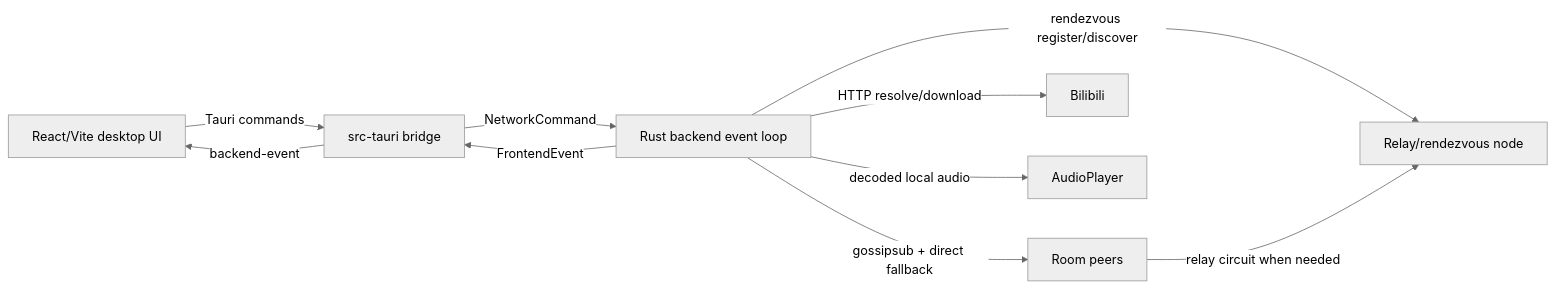
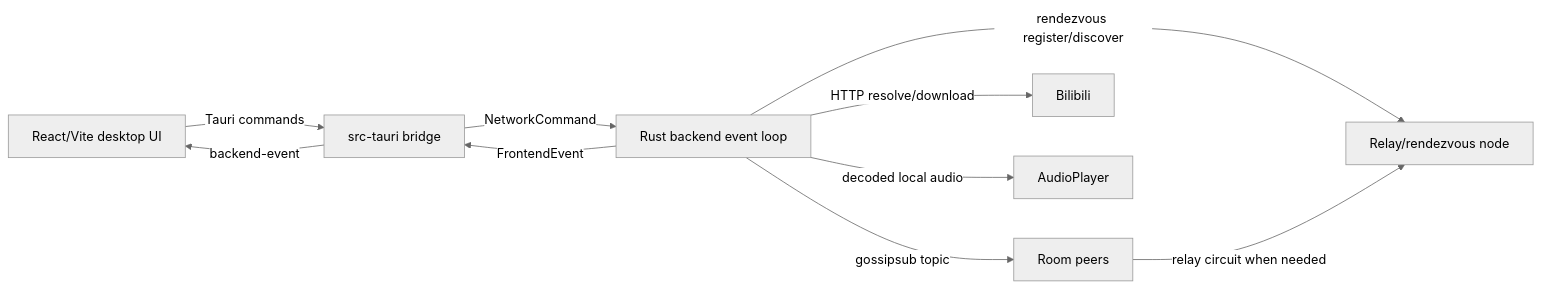
One commit to switefaster/link-ear changed the diagram in ARCHITECTURE.md. Above: the diagram before and after it, drawn with Mermaid (neutral theme). The commit also changed other lines of this file and 10 other files, not shown here.

````diff
--- a/ARCHITECTURE.md
+++ b/ARCHITECTURE.md
@@ -9,13 +9,13 @@
 ```mermaid
 flowchart LR
     UI["React/Vite desktop UI"] -->|Tauri commands| Tauri["src-tauri bridge"]
     Tauri -->|NetworkCommand| Backend["Rust backend event loop"]
     Backend -->|FrontendEvent| Tauri
     Tauri -->|backend-event| UI
 
-    Backend -->|gossipsub + direct fallback| Room["Room peers"]
+    Backend -->|gossipsub topic| Room["Room peers"]
     Backend -->|rendezvous register/discover| Relay["Relay/rendezvous node"]
     Room -->|relay circuit when needed| Relay
     Backend -->|HTTP resolve/download| Bili["Bilibili"]
     Backend -->|decoded local audio| Player["AudioPlayer"]
 ```
````
